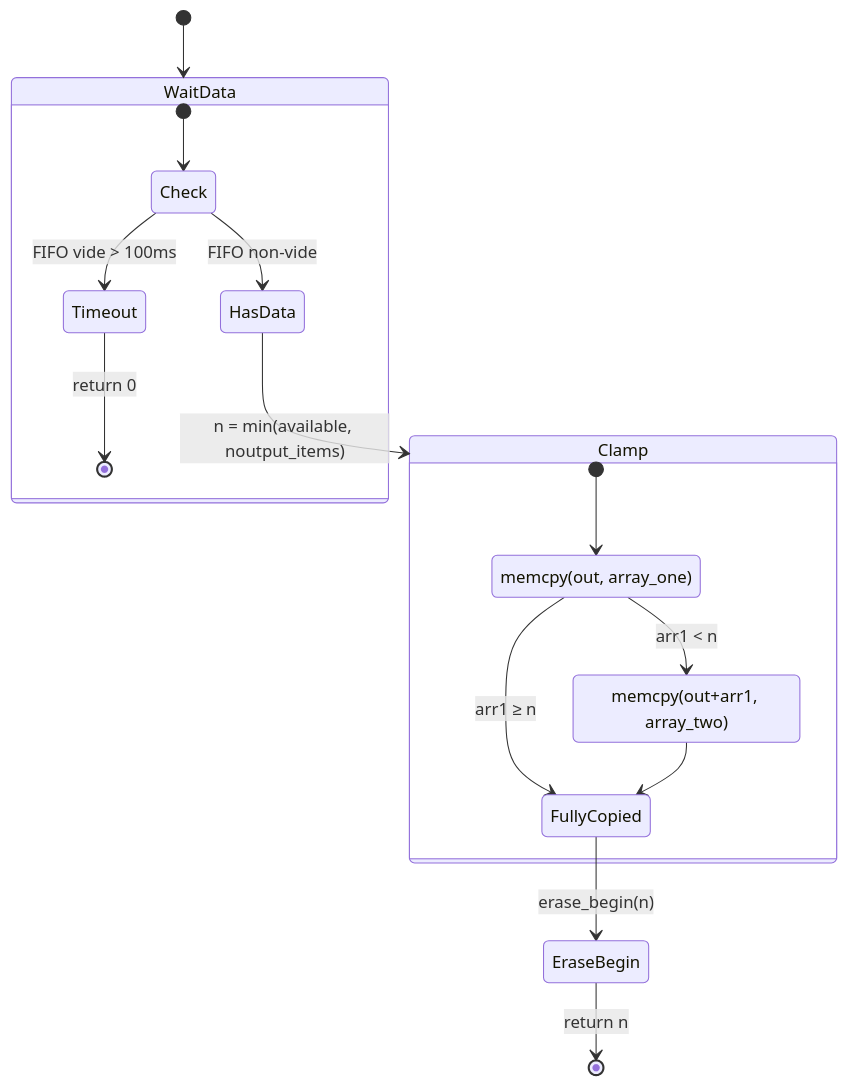
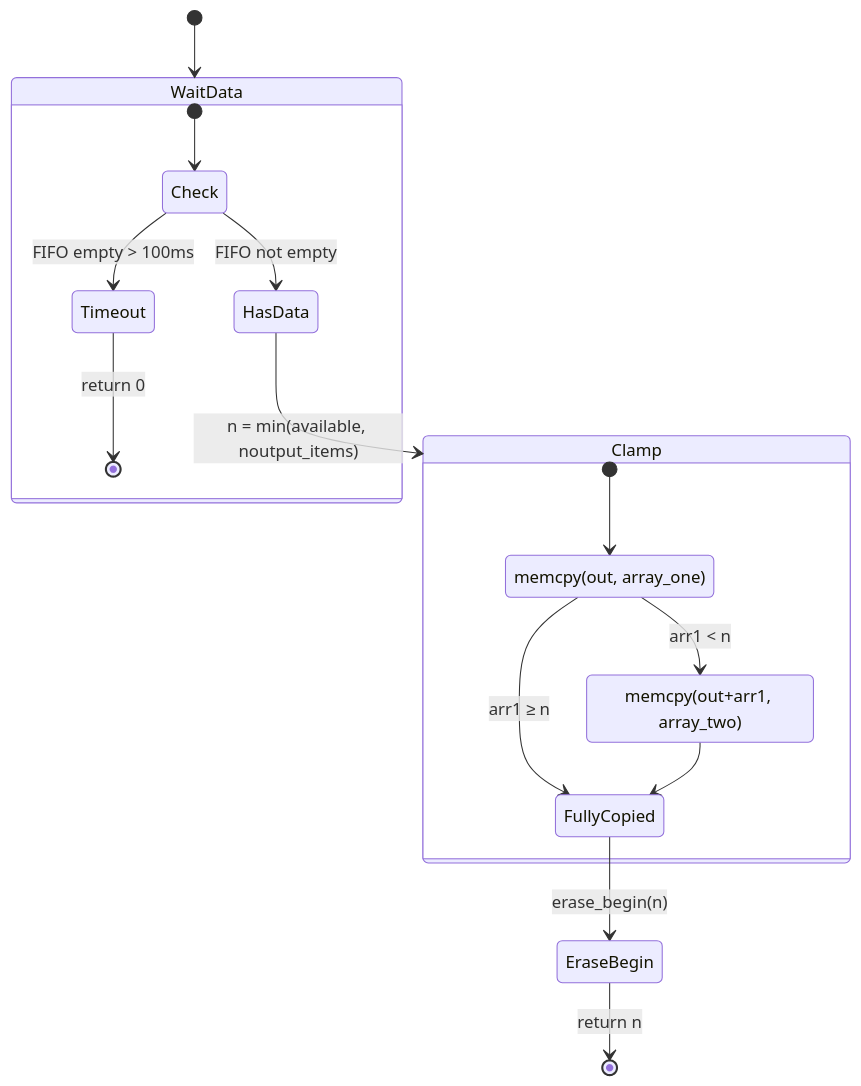
The fifth of 15 diagrams in OPTIMIZATION-F4TNK.md (f4tnk/gr-osmosdr), drawn with Mermaid before and after one commit. The commit also changed other lines of this file, not shown here.

````diff
--- a/OPTIMIZATION-F4TNK.md
+++ b/OPTIMIZATION-F4TNK.md
@@ -124,25 +124,25 @@
 ```mermaid
 stateDiagram-v2
     [*] --> WaitData
 
     state WaitData {
         [*] --> Check
-        Check --> Timeout: FIFO vide > 100ms
-        Check --> HasData: FIFO non-vide
+        Check --> Timeout: FIFO empty > 100ms
+        Check --> HasData: FIFO not empty
         Timeout --> [*]: return 0
     }
 
     HasData --> Clamp: n = min(available, noutput_items)
 
     state Clamp {
         [*] --> Segment1
         Segment1: memcpy(out, array_one)
         Segment1 --> FullyCopied: arr1 ≥ n
         Segment1 --> Segment2: arr1 < n
         Segment2: memcpy(out+arr1, array_two)
         Segment2 --> FullyCopied
     }
 
     FullyCopied --> EraseBegin: erase_begin(n)
     EraseBegin --> [*]: return n
 ```
````
